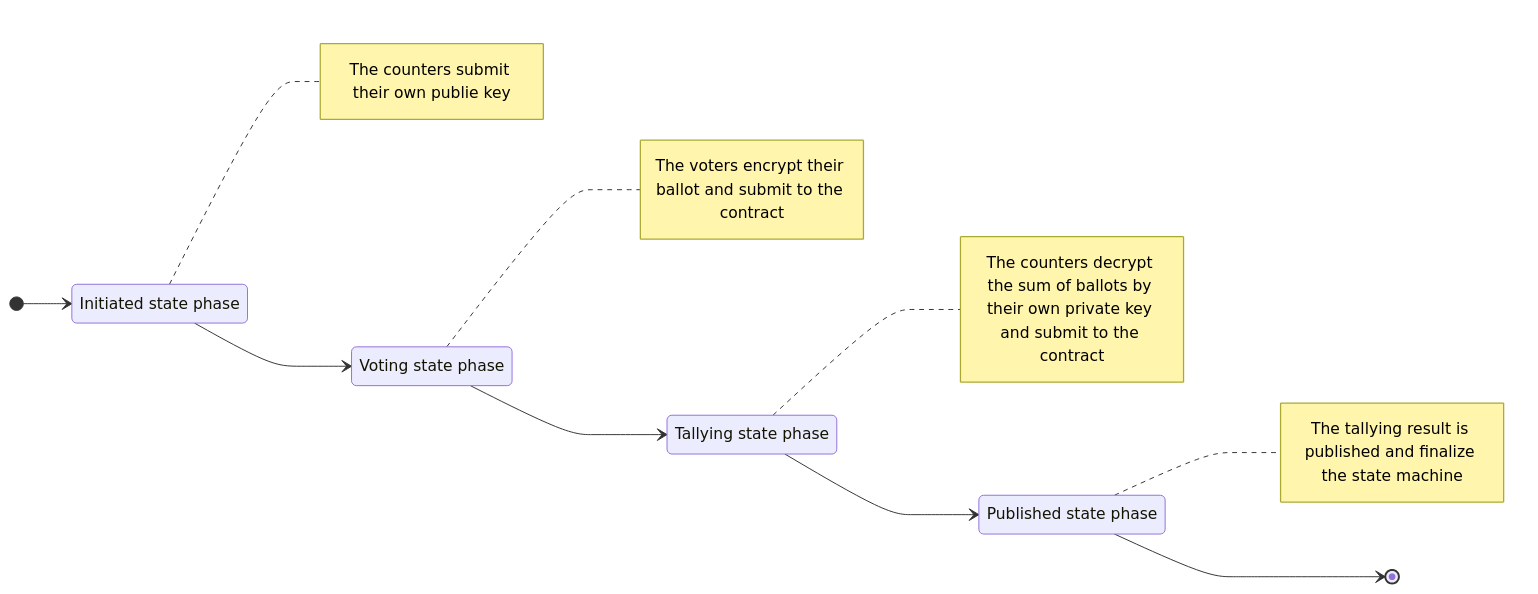
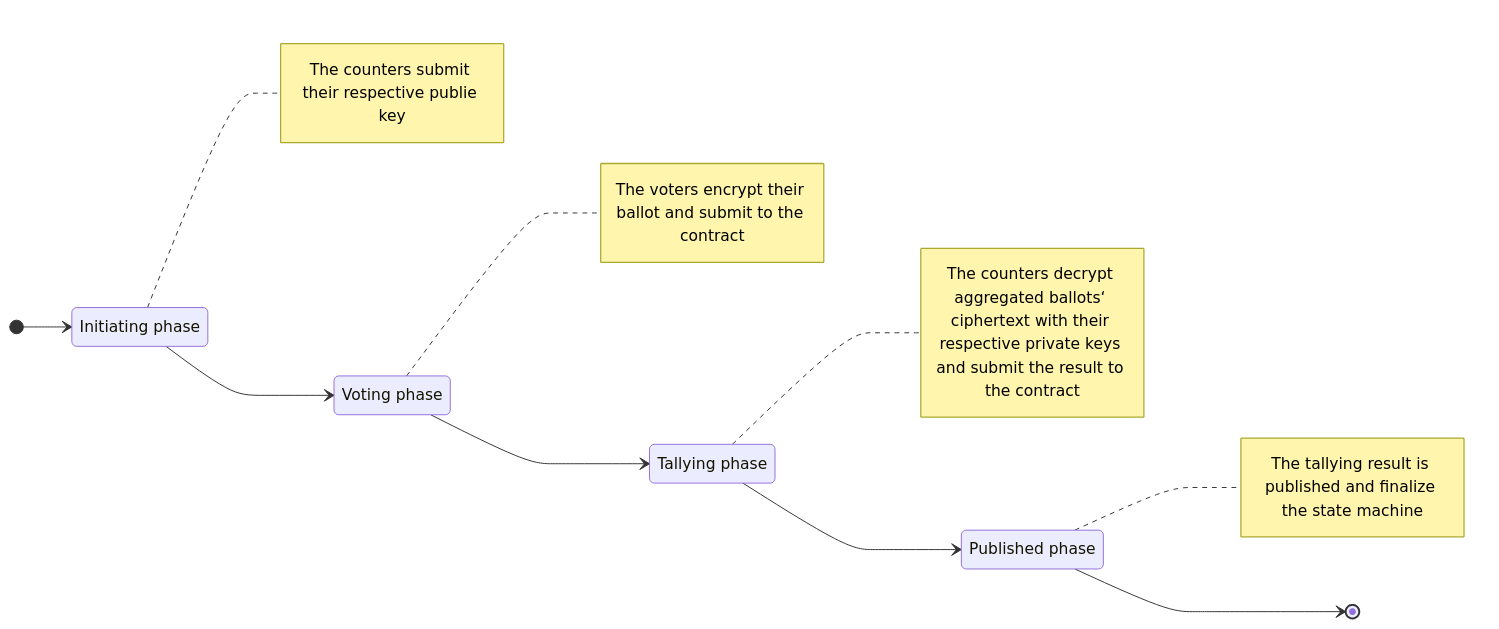
Before and after one commit to aichatddz/avote: the first of 2 diagrams in README.md, drawn with Mermaid. The commit also changed other lines of this file, not shown here.

````diff
--- a/README.md
+++ b/README.md
@@ -156,29 +162,29 @@
 ```mermaid
 stateDiagram-v2
     direction LR;
-    Initiated: Initiated state phase
-    note right of Initiated
-        The counters submit their own publie key
+    Initiating: Initiating phase
+    note right of Initiating
+        The counters submit their respective publie key
     end note
 
-    Voting: Voting state phase
+    Voting: Voting phase
     note right of Voting
         The voters encrypt their ballot and submit to the contract
     end note
 
-    Tallying: Tallying state phase
+    Tallying: Tallying phase
     note right of Tallying
-        The counters decrypt the sum of ballots by their own private key and submit to the contract
+        The counters decrypt aggregated ballots‘ ciphertext with their respective private keys and submit the result to the contract
     end note
 
-    Published: Published state phase
+    Published: Published phase
     note right of Published
         The tallying result is published and finalize the state machine
     end note
 
-    [*] --> Initiated
-    Initiated --> Voting
+    [*] --> Initiating
+    Initiating --> Voting
     Voting --> Tallying
     Tallying --> Published
     Published --> [*]
 ```
````
